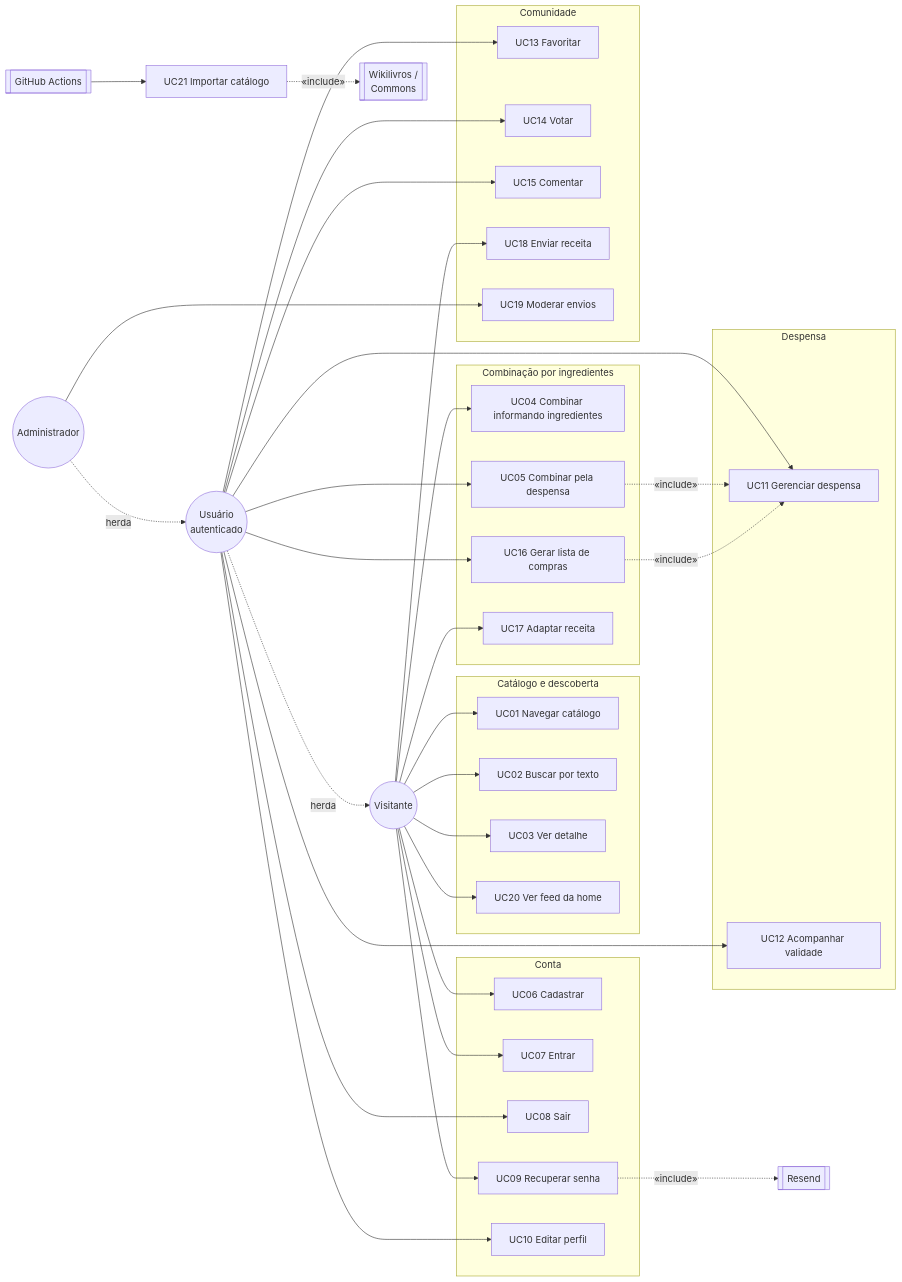
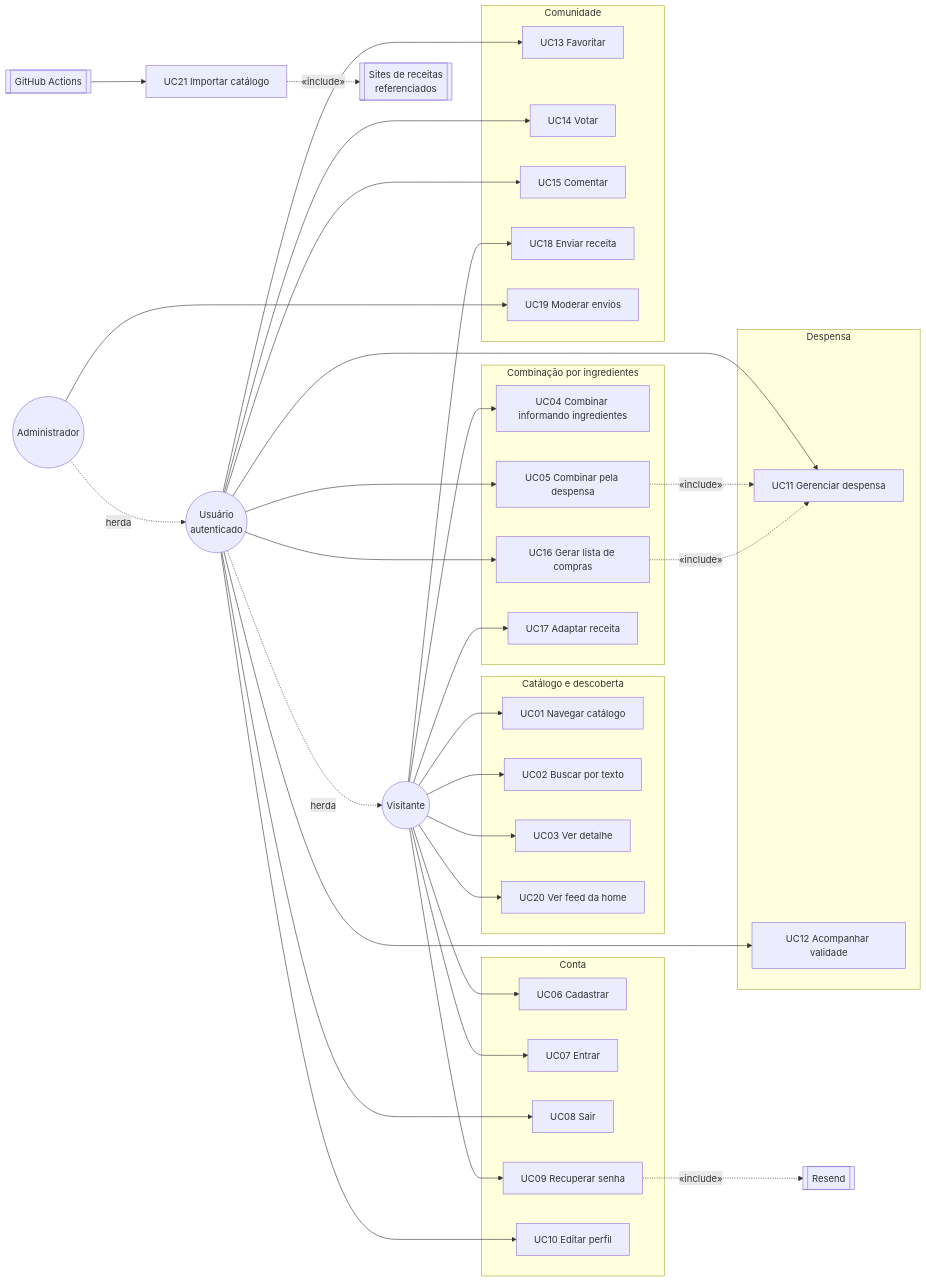
The diagram in receitando-casos-de-uso.md (pitado/receitando), drawn with Mermaid before and after one commit. The commit also changed other lines of this file and 25 other files, not shown here.

First line of the commit message:
Atualizar arquitetura Neon PostgreSQL: diagramas, README e limpeza de legados

````diff
--- a/receitando-casos-de-uso.md
+++ b/receitando-casos-de-uso.md
@@ -29,58 +29,58 @@
 ```mermaid
 flowchart LR
     V(("Visitante"))
     U(("Usuário<br/>autenticado"))
     A(("Administrador"))
     R[["Resend"]]
-    W[["Wikilivros /<br/>Commons"]]
+    W[["Sites de receitas<br/>referenciados"]]
     G[["GitHub Actions"]]
 
     U -.->|herda| V
     A -.->|herda| U
 
     subgraph C["Catálogo e descoberta"]
         UC01[UC01 Navegar catálogo]
         UC02[UC02 Buscar por texto]
         UC03[UC03 Ver detalhe]
         UC20[UC20 Ver feed da home]
     end
 
     subgraph M["Combinação por ingredientes"]
         UC04[UC04 Combinar informando ingredientes]
         UC05[UC05 Combinar pela despensa]
         UC16[UC16 Gerar lista de compras]
         UC17[UC17 Adaptar receita]
     end
 
     subgraph K["Conta"]
         UC06[UC06 Cadastrar]
         UC07[UC07 Entrar]
         UC08[UC08 Sair]
         UC09[UC09 Recuperar senha]
         UC10[UC10 Editar perfil]
     end
 
     subgraph D["Despensa"]
         UC11[UC11 Gerenciar despensa]
         UC12[UC12 Acompanhar validade]
     end
 
     subgraph S["Comunidade"]
         UC13[UC13 Favoritar]
         UC14[UC14 Votar]
         UC15[UC15 Comentar]
         UC18[UC18 Enviar receita]
         UC19[UC19 Moderar envios]
     end
 
     UC21[UC21 Importar catálogo]
 
     V --> UC01 & UC02 & UC03 & UC20 & UC04 & UC17 & UC06 & UC07 & UC09 & UC18
     U --> UC05 & UC08 & UC10 & UC11 & UC12 & UC13 & UC14 & UC15 & UC16
     A --> UC19
     G --> UC21
     UC09 -.->|«include»| R
     UC21 -.->|«include»| W
     UC05 -.->|«include»| UC11
     UC16 -.->|«include»| UC11
 ```
````
